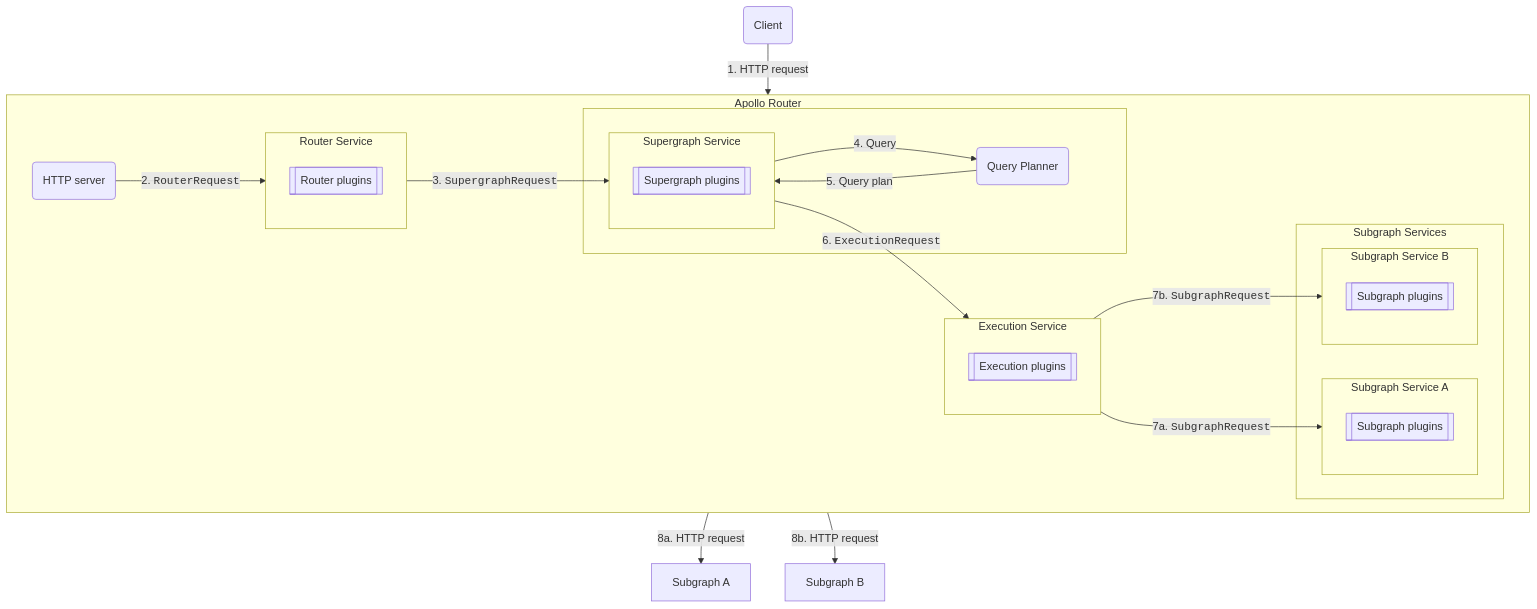
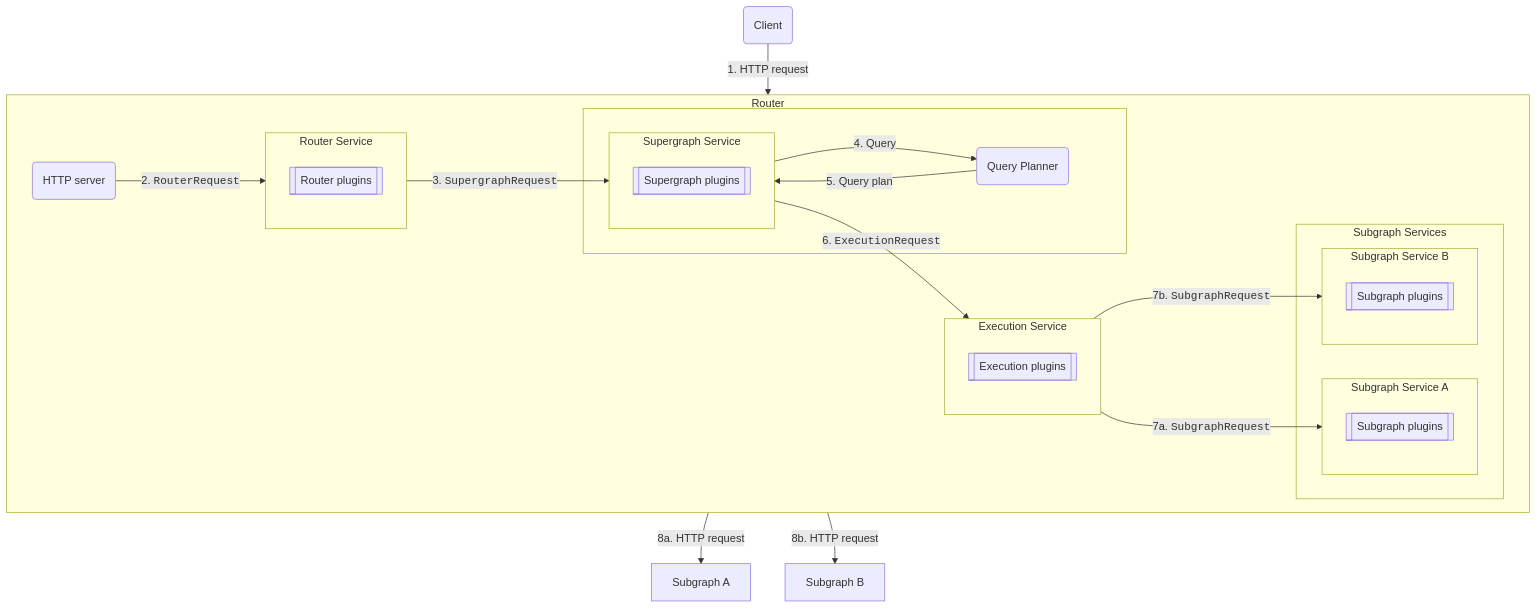
Before and after one commit to apollographql/router: the fourth of 7 diagrams in docs/source/customizations/overview.mdx, drawn with Mermaid. The commit also changed other lines of this file and 32 other files, not shown here.

````diff
--- a/docs/source/customizations/overview.mdx
+++ b/docs/source/customizations/overview.mdx
@@ -92,46 +94,46 @@
 ```mermaid
 flowchart TB;
     client(Client);
-    subgraph router["Apollo Router"]
+    subgraph router["Router"]
         direction LR
         httpServer("HTTP server")
         subgraph routerService["Router Service"]
             routerPlugins[[Router plugins]];
         end
         subgraph " "
             subgraph supergraphService["Supergraph Service"]
                 supergraphPlugins[[Supergraph plugins]];
             end
             queryPlanner("Query Planner");
         end
         
         
         subgraph executionService["Execution Service"]
             executionPlugins[[Execution plugins]];
         end
 
         subgraph subgraphService["Subgraph Services"]
             subgraph service1["Subgraph Service A"]
             subgraphPlugins1[[Subgraph plugins]];
             end
             subgraph service2["Subgraph Service B"]
             subgraphPlugins2[[Subgraph plugins]];
             end            
         end
     end;
 subgraphA[Subgraph A];
 subgraphB[Subgraph B];
 
 client --"1. HTTP request"--> httpServer;
 httpServer --"2. <code>RouterRequest</code>"--> routerService;
 routerService --"3. <code>SupergraphRequest</code>"--> supergraphService
 supergraphService --"4. Query"--> queryPlanner;
 queryPlanner --"5. Query plan"--> supergraphService;
 supergraphService --"6. <code>ExecutionRequest</code>"--> executionService;
 
 executionService --"7a. <code>SubgraphRequest</code>"--> service1;
 executionService --"7b. <code>SubgraphRequest</code>"--> service2;
 
 service1 --"8a. HTTP request"--> subgraphA;
 service2 --"8b. HTTP request"--> subgraphB;
 ```
````
